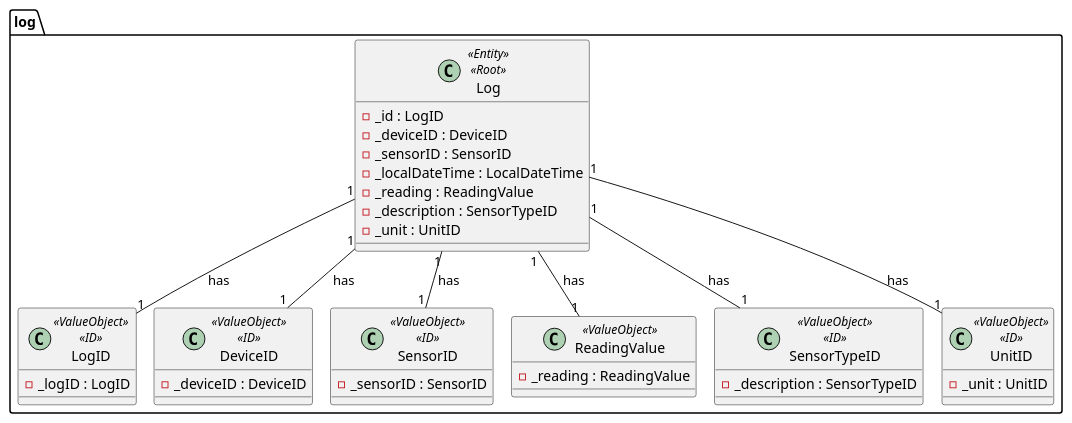
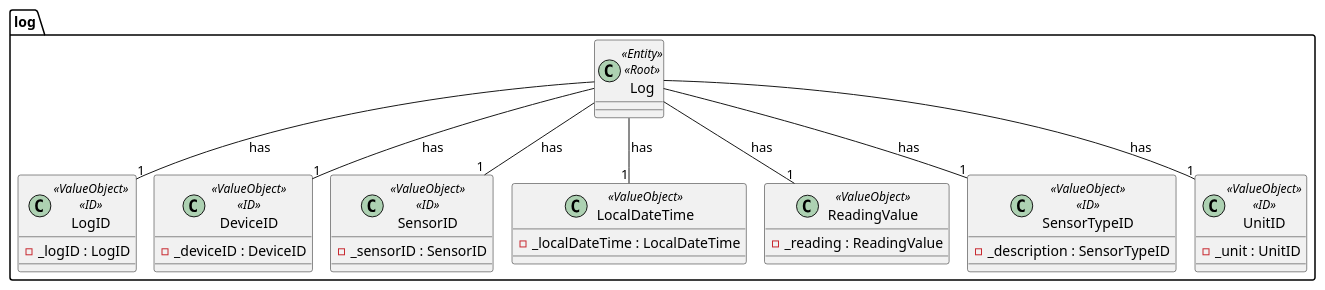
The diagram in docs/ooa/4.agreggateModels/Log.puml (olivDiogo/SmartHome), drawn with PlantUML before and after one commit. The commit also changed 2 other files, not shown here.

Commit message:
docs: update to Log Aggregate Model
-#385

```diff
--- a/docs/ooa/4.agreggateModels/Log.puml
+++ b/docs/ooa/4.agreggateModels/Log.puml
@@ -1,46 +1,40 @@
 @startuml
 !pragma layout smetana
 
 package log {
     class Log <<Entity>> <<Root>> {
-    - _id : LogID
-    - _deviceID : DeviceID
-    - _sensorID : SensorID
-    - _localDateTime : LocalDateTime
-    - _reading : ReadingValue
-    - _description : SensorTypeID
-    - _unit : UnitID
 
     }
     class LogID <<ValueObject>> <<ID>> {
         - _logID : LogID
     }
     class DeviceID <<ValueObject>> <<ID>> {
         - _deviceID : DeviceID
     }
     class SensorID <<ValueObject>> <<ID>> {
         - _sensorID : SensorID
     }
+    class LocalDateTime <<ValueObject>>{
+        - _localDateTime : LocalDateTime
+    }
     class ReadingValue <<ValueObject>>{
         - _reading : ReadingValue
     }
-
     class SensorTypeID <<ValueObject>> <<ID>>{
         - _description : SensorTypeID
     }
-
     class UnitID <<ValueObject>> <<ID>>{
         - _unit : UnitID
     }
+}
 
-
-}
-Log "1" -- "1" LogID : has
-Log "1" -- "1" DeviceID : has
-Log "1" -- "1" SensorID : has
-Log "1" -- "1" ReadingValue : has
-Log "1" -- "1" SensorTypeID : has
-Log "1" -- "1" UnitID : has
+Log -- "1" LogID : has
+Log -- "1" DeviceID : has
+Log -- "1" SensorID : has
+Log -- "1" ReadingValue : has
+Log -- "1" SensorTypeID : has
+Log -- "1" UnitID : has
+Log -- "1" LocalDateTime : has
 
 
 @enduml
```
